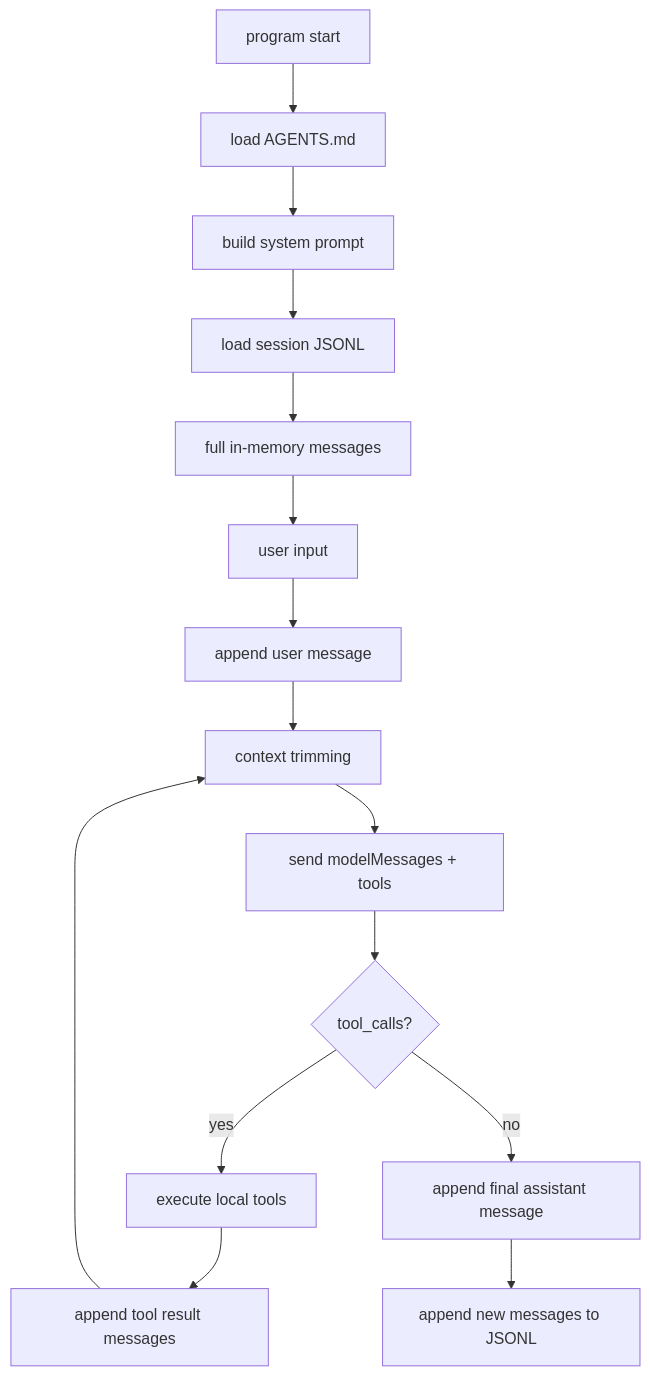
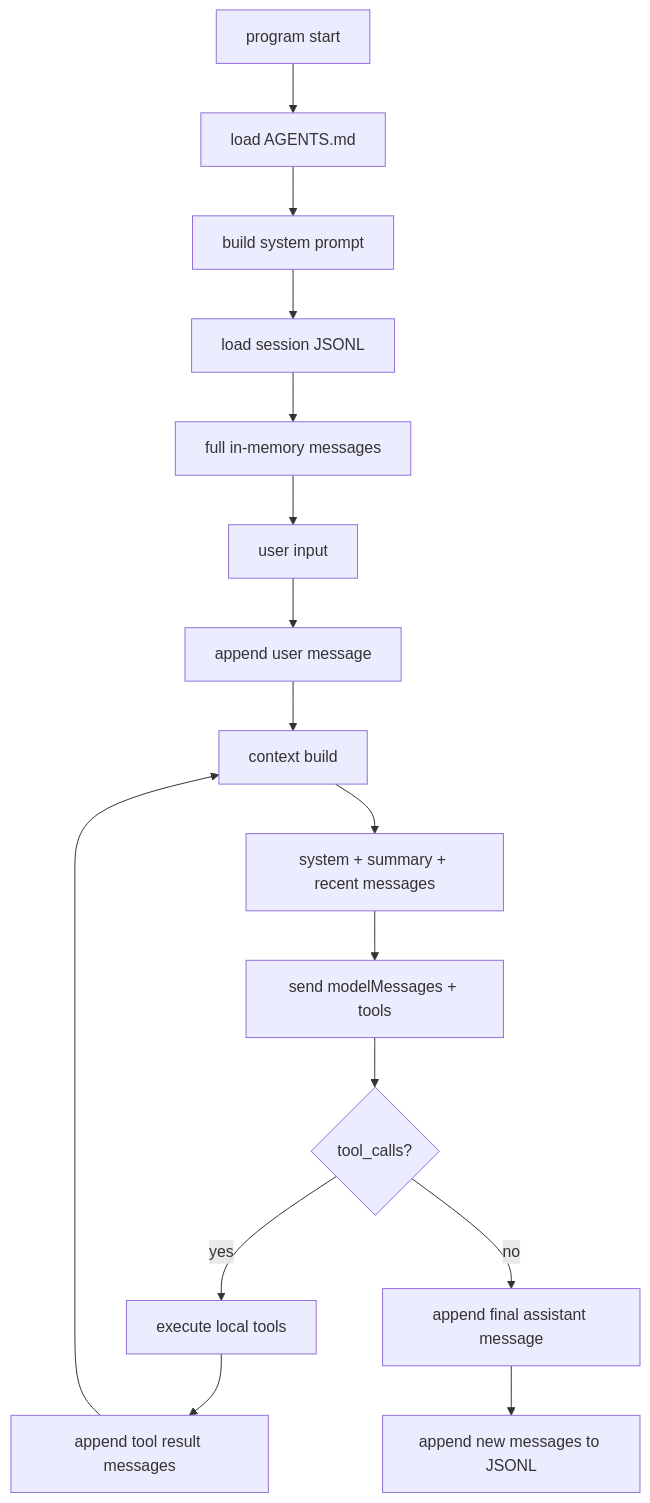
The first of 3 diagrams in README.md (3310417260/MiniAgent), drawn with Mermaid before and after one commit. The commit also changed other lines of this file and 170 other files, not shown here.

````diff
--- a/README.md
+++ b/README.md
@@ -198,17 +359,18 @@
 ```mermaid
 flowchart TD
     A["program start"] --> B["load AGENTS.md"]
     B --> C["build system prompt"]
     C --> D["load session JSONL"]
     D --> E["full in-memory messages"]
     E --> F["user input"]
     F --> G["append user message"]
-    G --> H["context trimming"]
-    H --> I["send modelMessages + tools"]
-    I --> J{"tool_calls?"}
-    J -- "yes" --> K["execute local tools"]
-    K --> L["append tool result messages"]
-    L --> H
-    J -- "no" --> M["append final assistant message"]
-    M --> N["append new messages to JSONL"]
+    G --> H["context build"]
+    H --> I["system + summary + recent messages"]
+    I --> J["send modelMessages + tools"]
+    J --> K{"tool_calls?"}
+    K -- "yes" --> L["execute local tools"]
+    L --> M["append tool result messages"]
+    M --> H
+    K -- "no" --> N["append final assistant message"]
+    N --> O["append new messages to JSONL"]
 ```
````
